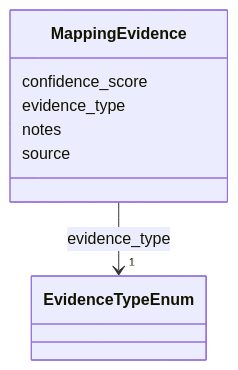
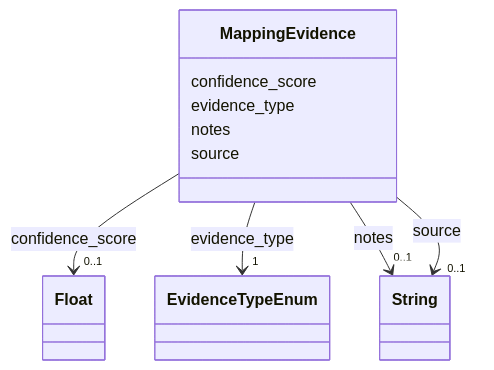
One commit to CultureBotAI/MediaIngredientMech changed the diagram in docs/MappingEvidence.md. Above: the diagram before and after it, drawn with Mermaid. The commit also changed other lines of this file and 87 other files, not shown here.

````diff
--- a/docs/MappingEvidence.md
+++ b/docs/MappingEvidence.md
@@ -18,23 +18,50 @@
 ```mermaid
  classDiagram
     class MappingEvidence
     click MappingEvidence href "../MappingEvidence/"
       MappingEvidence : confidence_score
+        
+          
+    
+        
+        
+        MappingEvidence --> "0..1" Float : confidence_score
+        click Float href "../http://www.w3.org/2001/XMLSchema#float/"
+    
+
         
       MappingEvidence : evidence_type
         
           
     
         
         
         MappingEvidence --> "1" EvidenceTypeEnum : evidence_type
         click EvidenceTypeEnum href "../EvidenceTypeEnum/"
     
 
         
       MappingEvidence : notes
         
+          
+    
+        
+        
+        MappingEvidence --> "0..1" String : notes
+        click String href "../http://www.w3.org/2001/XMLSchema#string/"
+    
+
+        
       MappingEvidence : source
+        
+          
+    
+        
+        
+        MappingEvidence --> "0..1" String : source
+        click String href "../http://www.w3.org/2001/XMLSchema#string/"
+    
+
         
       
 ```
````
